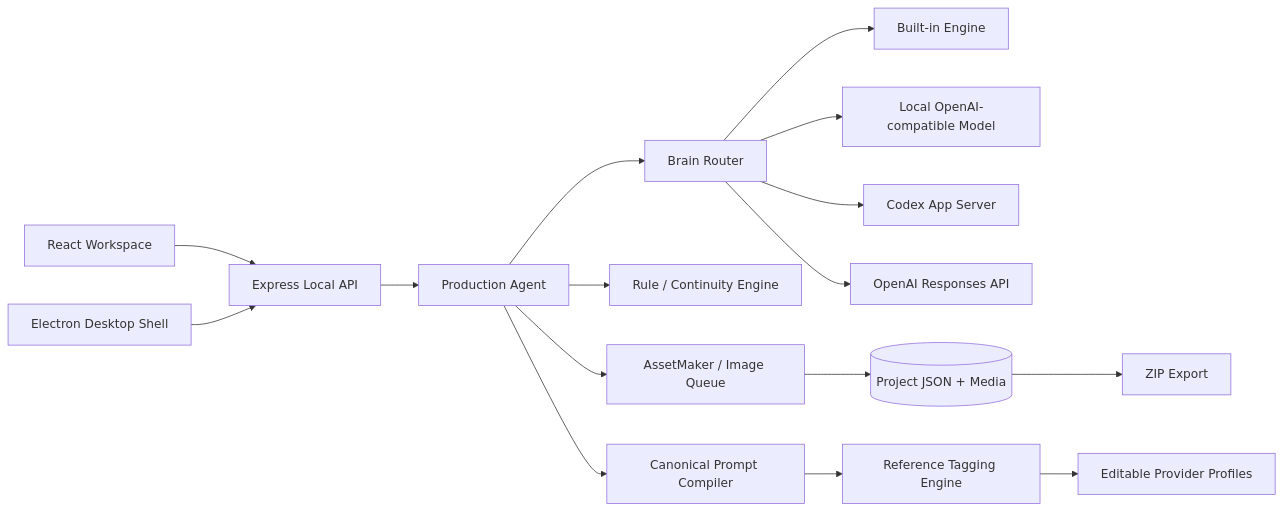
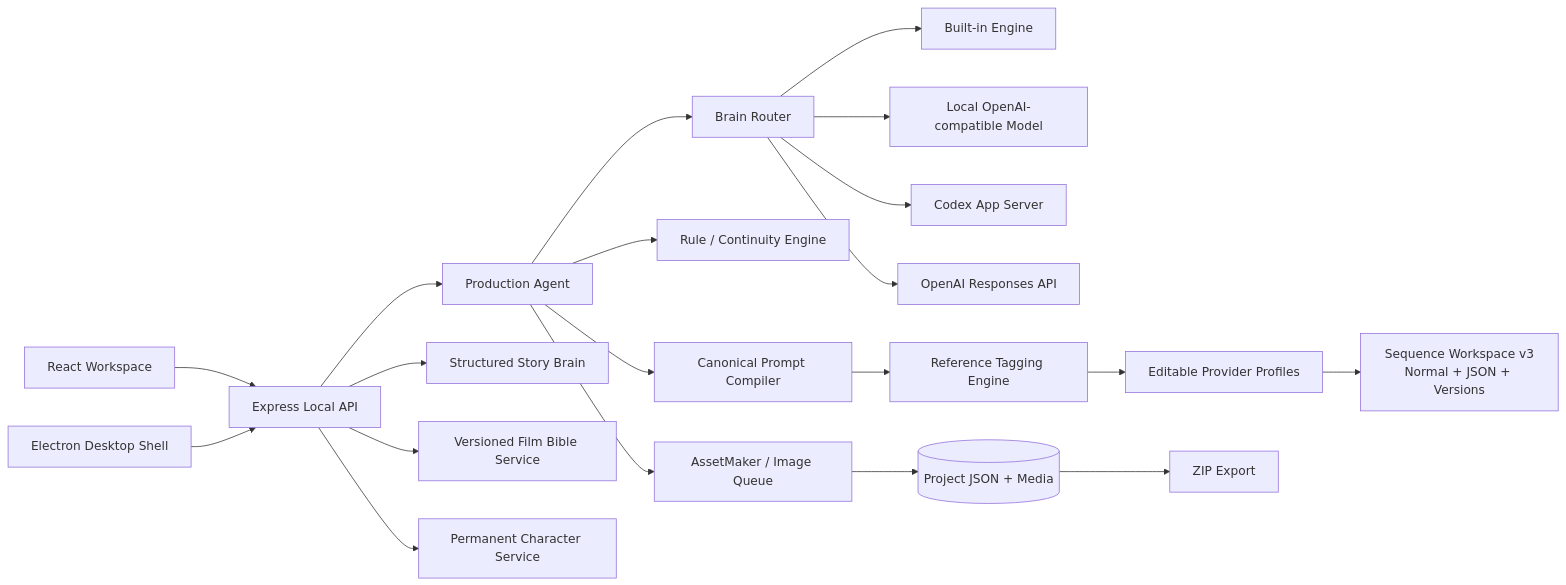
The first of 2 diagrams in ARCHITECTURE.md (momorzq-oss/Continuity-Studio), drawn with Mermaid before and after one commit. The commit also changed other lines of this file and 154 other files, not shown here.

````diff
--- a/ARCHITECTURE.md
+++ b/ARCHITECTURE.md
@@ -3,18 +3,22 @@
 ```mermaid
 flowchart LR
   UI[React Workspace] --> API[Express Local API]
   API --> Agent[Production Agent]
+  API --> StoryBrain[Structured Story Brain]
+  API --> Bible[Versioned Film Bible Service]
+  API --> Characters[Permanent Character Service]
   Agent --> Router[Brain Router]
   Router --> Builtin[Built-in Engine]
   Router --> Local[Local OpenAI-compatible Model]
   Router --> Codex[Codex App Server]
   Router --> OpenAI[OpenAI Responses API]
   Agent --> Rules[Rule / Continuity Engine]
   Agent --> Assets[AssetMaker / Image Queue]
   Assets --> Registry[(Project JSON + Media)]
   Agent --> Compiler[Canonical Prompt Compiler]
   Compiler --> Tags[Reference Tagging Engine]
   Tags --> Profiles[Editable Provider Profiles]
+  Profiles --> Workspace[Sequence Workspace v3\nNormal + JSON + Versions]
   Registry --> Export[ZIP Export]
   Electron[Electron Desktop Shell] --> API
 ```
````
